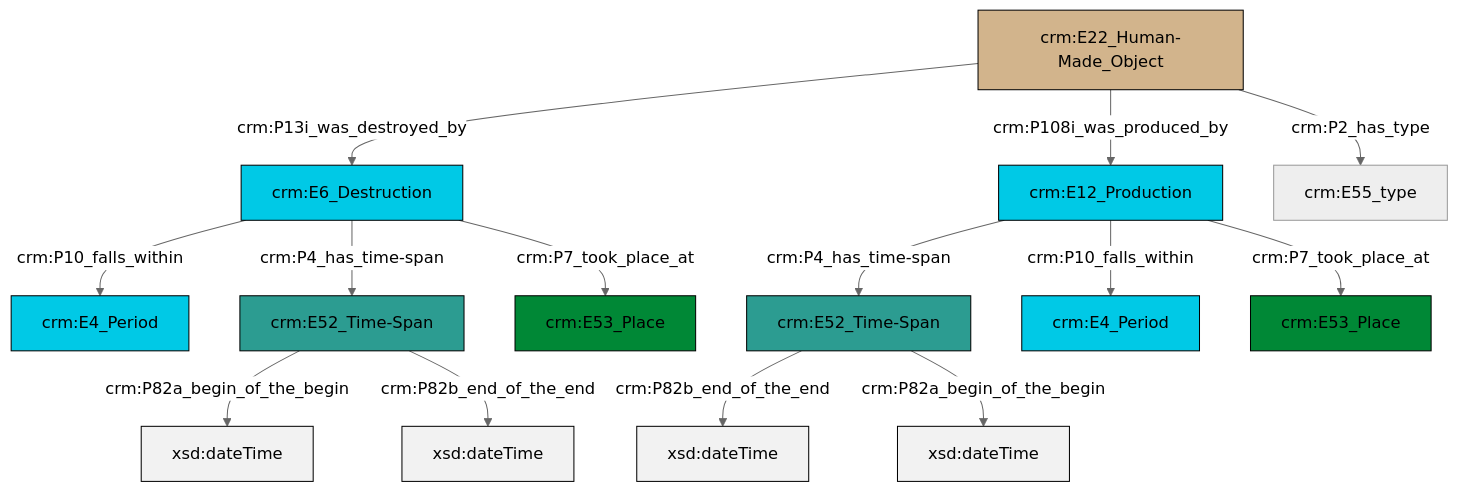
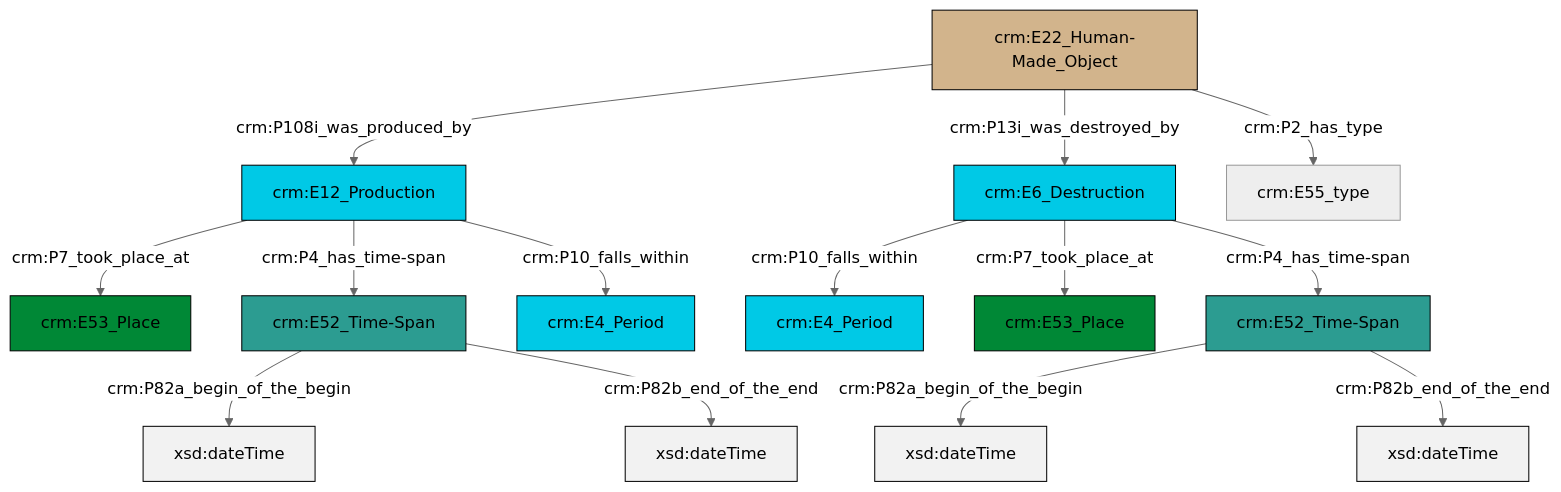
One commit to swiss-art-research-net/reference-data-models changed the diagram in et/artworkCSV/ttl/mmd/Artwork_Existence.ttl.mmd. Above: the diagram before and after it, drawn with Mermaid (neutral theme). The commit also changed 128 other files, not shown here.

```diff
--- a/et/artworkCSV/ttl/mmd/Artwork_Existence.ttl.mmd
+++ b/et/artworkCSV/ttl/mmd/Artwork_Existence.ttl.mmd
@@ -1,28 +1,28 @@
 graph TD
 classDef Literal fill:#f2f2f2,stroke:#000000;
 classDef CRM_Entity fill:#FFFFFF,stroke:#000000;
 classDef Temporal_Entity fill:#00C9E6, stroke:#000000;
 classDef Type fill:#E18312, stroke:#000000;
 classDef Time-Span fill:#2C9C91, stroke:#000000;
 classDef Appellation fill:#FFEB7F, stroke:#000000;
 classDef Place fill:#008836, stroke:#000000;
 classDef Persistent_Item fill:#B266B2, stroke:#000000;
 classDef Conceptual_Object fill:#FFD700, stroke:#000000;
 classDef Physical_Thing fill:#D2B48C, stroke:#000000;
 classDef Actor fill:#f58aad, stroke:#000000;
 classDef PC_Classes fill:#4ce600, stroke:#000000;
 classDef Multi fill:#cccccc,stroke:#000000;
 
-4["crm:E52_Time-Span"]:::Time-Span -->|crm:P82a_begin_of_the_begin| 5[xsd:dateTime]:::Literal
-6["crm:E12_Production"]:::Temporal_Entity -->|crm:P4_has_time-span| 7["crm:E52_Time-Span"]:::Time-Span
-7["crm:E52_Time-Span"]:::Time-Span -->|crm:P82b_end_of_the_end| 14[xsd:dateTime]:::Literal
-16["crm:E22_Human-Made_Object"]:::Physical_Thing -->|crm:P13i_was_destroyed_by| 12["crm:E6_Destruction"]:::Temporal_Entity
-12["crm:E6_Destruction"]:::Temporal_Entity -->|crm:P10_falls_within| 18["crm:E4_Period"]:::Temporal_Entity
-16["crm:E22_Human-Made_Object"]:::Physical_Thing -->|crm:P108i_was_produced_by| 6["crm:E12_Production"]:::Temporal_Entity
-16["crm:E22_Human-Made_Object"]:::Physical_Thing -->|crm:P2_has_type| 10["crm:E55_type"]:::Default
-7["crm:E52_Time-Span"]:::Time-Span -->|crm:P82a_begin_of_the_begin| 20[xsd:dateTime]:::Literal
-6["crm:E12_Production"]:::Temporal_Entity -->|crm:P10_falls_within| 8["crm:E4_Period"]:::Temporal_Entity
-6["crm:E12_Production"]:::Temporal_Entity -->|crm:P7_took_place_at| 0["crm:E53_Place"]:::Place
-12["crm:E6_Destruction"]:::Temporal_Entity -->|crm:P4_has_time-span| 4["crm:E52_Time-Span"]:::Time-Span
-12["crm:E6_Destruction"]:::Temporal_Entity -->|crm:P7_took_place_at| 2["crm:E53_Place"]:::Place
-4["crm:E52_Time-Span"]:::Time-Span -->|crm:P82b_end_of_the_end| 23[xsd:dateTime]:::Literal
+0["crm:E22_Human-Made_Object"]:::Physical_Thing -->|crm:P108i_was_produced_by| 2["crm:E12_Production"]:::Temporal_Entity
+8["crm:E6_Destruction"]:::Temporal_Entity -->|crm:P10_falls_within| 9["crm:E4_Period"]:::Temporal_Entity
+10["crm:E52_Time-Span"]:::Time-Span -->|crm:P82a_begin_of_the_begin| 11[xsd:dateTime]:::Literal
+4["crm:E52_Time-Span"]:::Time-Span -->|crm:P82a_begin_of_the_begin| 12[xsd:dateTime]:::Literal
+8["crm:E6_Destruction"]:::Temporal_Entity -->|crm:P7_took_place_at| 13["crm:E53_Place"]:::Place
+4["crm:E52_Time-Span"]:::Time-Span -->|crm:P82b_end_of_the_end| 14[xsd:dateTime]:::Literal
+8["crm:E6_Destruction"]:::Temporal_Entity -->|crm:P4_has_time-span| 4["crm:E52_Time-Span"]:::Time-Span
+2["crm:E12_Production"]:::Temporal_Entity -->|crm:P7_took_place_at| 16["crm:E53_Place"]:::Place
+2["crm:E12_Production"]:::Temporal_Entity -->|crm:P4_has_time-span| 10["crm:E52_Time-Span"]:::Time-Span
+0["crm:E22_Human-Made_Object"]:::Physical_Thing -->|crm:P13i_was_destroyed_by| 8["crm:E6_Destruction"]:::Temporal_Entity
+0["crm:E22_Human-Made_Object"]:::Physical_Thing -->|crm:P2_has_type| 17["crm:E55_type"]:::Default
+10["crm:E52_Time-Span"]:::Time-Span -->|crm:P82b_end_of_the_end| 18[xsd:dateTime]:::Literal
+2["crm:E12_Production"]:::Temporal_Entity -->|crm:P10_falls_within| 6["crm:E4_Period"]:::Temporal_Entity
```
